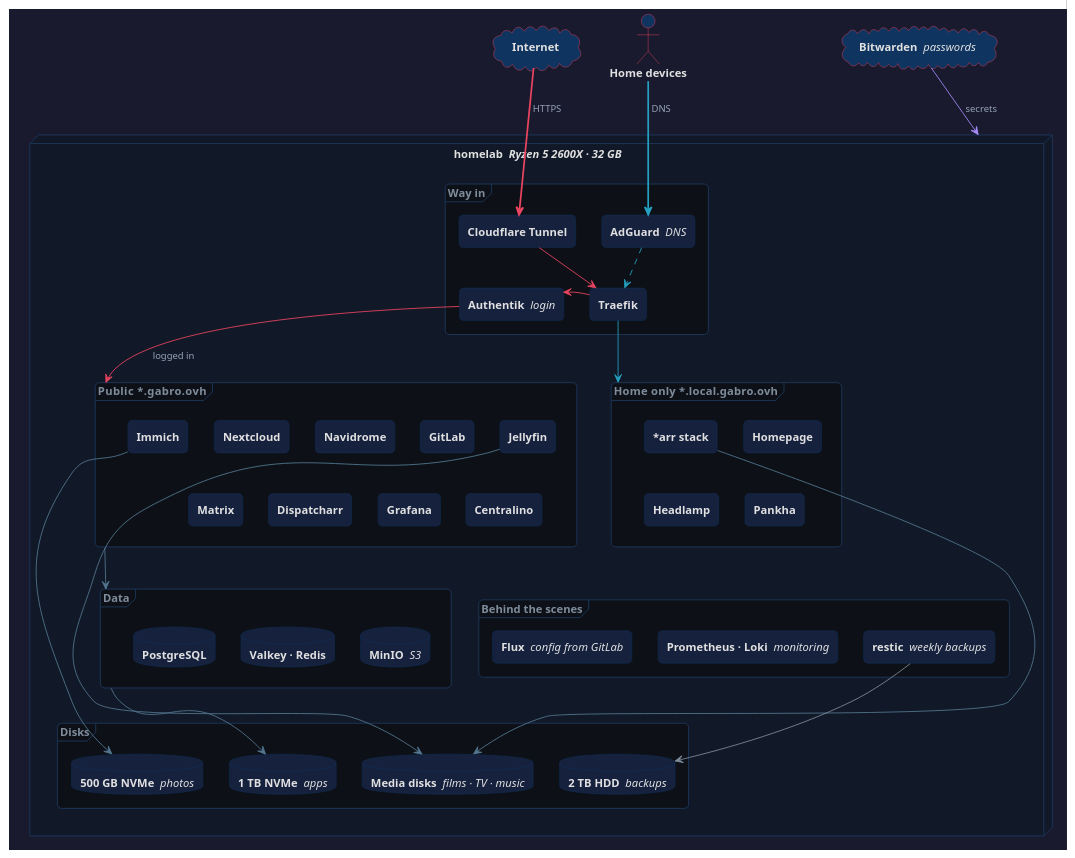
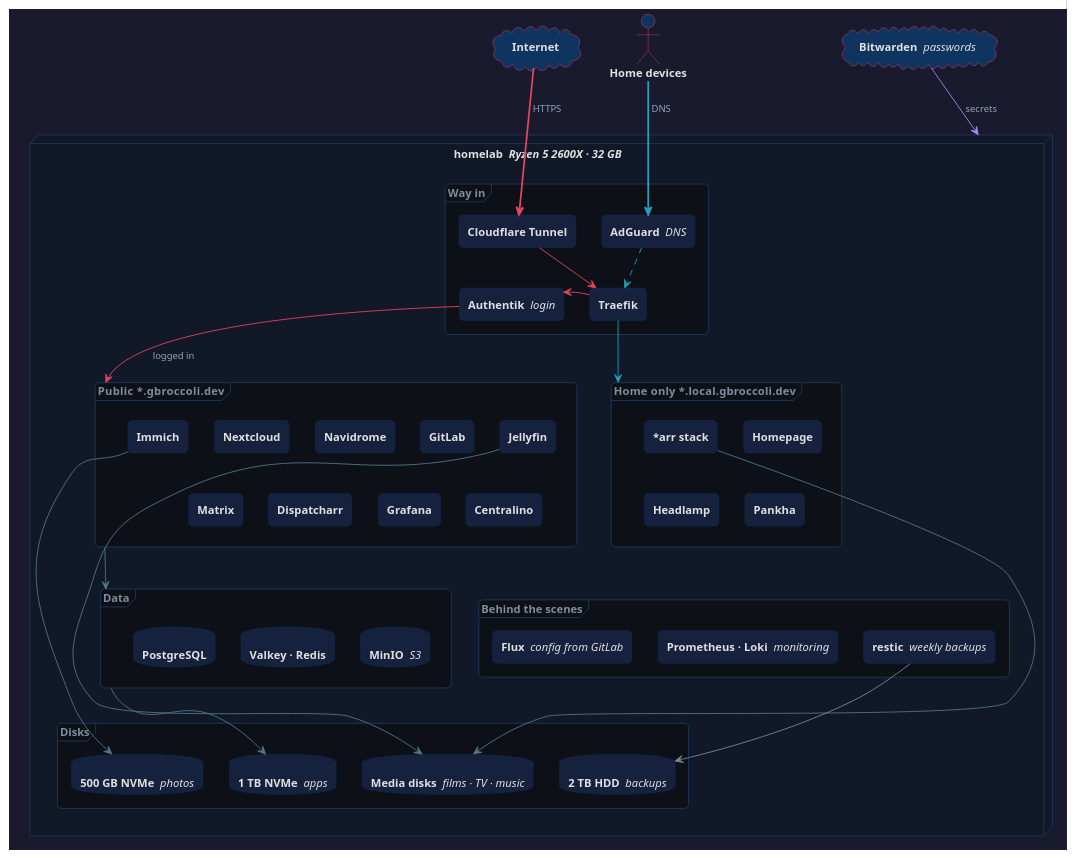
Before and after one commit to gabroz42/k-homelab: the diagram in schema/cluster-schema-dark.puml, drawn with PlantUML. The commit also changed 10 other files, not shown here.

First line of the commit message:
feat: move PUBLIC_DOMAIN and LOCAL_DOMAIN to gbroccoli.dev

```diff
--- a/schema/cluster-schema-dark.puml
+++ b/schema/cluster-schema-dark.puml
@@ -1,150 +1,150 @@
 @startuml cluster-schema-dark
 
 skinparam backgroundColor #1a1a2e
 skinparam defaultFontColor #e0e0e0
 skinparam defaultFontName "Segoe UI"
 skinparam defaultFontSize 13
 skinparam shadowing false
 skinparam roundCorner 10
 skinparam nodesep 30
 skinparam ranksep 45
 
 skinparam rectangle {
   backgroundColor #16213e
   borderColor #0f3460
   fontColor #e0e0e0
 }
 skinparam database {
   backgroundColor #16213e
   borderColor #0f3460
   fontColor #e0e0e0
 }
 skinparam cloud {
   backgroundColor #0f3460
   borderColor #e94560
   fontColor #e0e0e0
 }
 skinparam actor {
   backgroundColor #0f3460
   borderColor #e94560
   fontColor #e0e0e0
 }
 skinparam node {
   backgroundColor #111827
   borderColor #1e3a5f
   fontColor #e0e0e0
 }
 skinparam frame {
   backgroundColor #0d1117
   borderColor #1e3a5f
   fontColor #7f8c9b
 }
 skinparam arrow {
   color #537791
   fontColor #94a3b8
   fontSize 11
 }
 
 cloud "  **Internet**  " as inet
 actor "**Home devices**" as lan
 cloud "  **Bitwarden**  //passwords//  " as bw
 
 node "  **homelab**  //Ryzen 5 2600X · 32 GB//  " as host {
 
   frame "Way in" as entry {
     rectangle "**Cloudflare Tunnel**" as cf
     rectangle "**AdGuard**  //DNS//" as ag
     rectangle "**Traefik**" as tr
     rectangle "**Authentik**  //login//" as auth
   }
 
-  frame "Public   *.gabro.ovh" as pub {
+  frame "Public   *.gbroccoli.dev" as pub {
     rectangle "**Jellyfin**" as jf
     rectangle "**Immich**" as im
     rectangle "**Nextcloud**" as nc
     rectangle "**Navidrome**" as nv
     rectangle "**Matrix**" as mx
     rectangle "**Dispatcharr**" as dp
     rectangle "**Grafana**" as graf
     rectangle "**Centralino**" as cen
     rectangle "**GitLab**" as gl
   }
 
-  frame "Home only   *.local.gabro.ovh" as home {
+  frame "Home only   *.local.gbroccoli.dev" as home {
     rectangle "***arr stack**" as sarr
     rectangle "**Homepage**" as hp
     rectangle "**Headlamp**" as hl
     rectangle "**Pankha**" as pk
   }
 
   frame "Behind the scenes" as ops {
     rectangle "**Flux**  //config from GitLab//" as git
     rectangle "**Prometheus · Loki**  //monitoring//" as mon
     rectangle "**restic**  //weekly backups//" as bkp
   }
 
   frame "Data" as data {
     database "**PostgreSQL**" as pg
     database "**Valkey · Redis**" as rd
     database "**MinIO**  //S3//" as s3
   }
 
   frame "Disks" as disks {
     database "**1 TB NVMe**  //apps//" as d1
     database "**500 GB NVMe**  //photos//" as d2
     database "**Media disks**  //films · TV · music//" as d3
     database "**2 TB HDD**  //backups//" as d4
   }
 }
 
 inet -[hidden]right-> lan
 lan -[hidden]right-> bw
 cf -[hidden]right-> ag
 auth -[hidden]right-> tr
 
 jf -[hidden]right-> im
 im -[hidden]right-> nc
 nc -[hidden]right-> nv
 mx -[hidden]right-> dp
 dp -[hidden]right-> graf
 graf -[hidden]right-> cen
 nv -[hidden]right-> gl
 jf -[hidden]down-> mx
 
 sarr -[hidden]right-> hp
 hl -[hidden]right-> pk
 sarr -[hidden]down-> hl
 
 pg -[hidden]right-> rd
 rd -[hidden]right-> s3
 git -[hidden]right-> mon
 mon -[hidden]right-> bkp
 
 d3 -[hidden]right-> d2
 d2 -[hidden]right-> d1
 d1 -[hidden]right-> d4
 
 pub -[hidden]right-> home
 mx -[hidden]down-> pg
 pk -[hidden]down-> git
 pg -[hidden]down-> d3
 
 inet -[#e94560,bold]down-> cf : " HTTPS"
 cf -[#e94560]down-> tr
 tr -[#e94560]left-> auth
 auth -[#e94560]down-> pub : " logged in"
 
 lan -[#24A1C1,bold]down-> ag : " DNS"
 ag .[#24A1C1].> tr
 tr -[#24A1C1]down-> home
 
 bw -[#a78bfa]down-> host : " secrets"
 
 pub -[#537791]down-> data
 data -[#537791]down-> d1
 im -[#537791]down-> d2
 jf -[#537791]down-> d3
 sarr -[#537791]down-> d3
 bkp -[#7f8c9b]down-> d4
 
 @enduml
```
